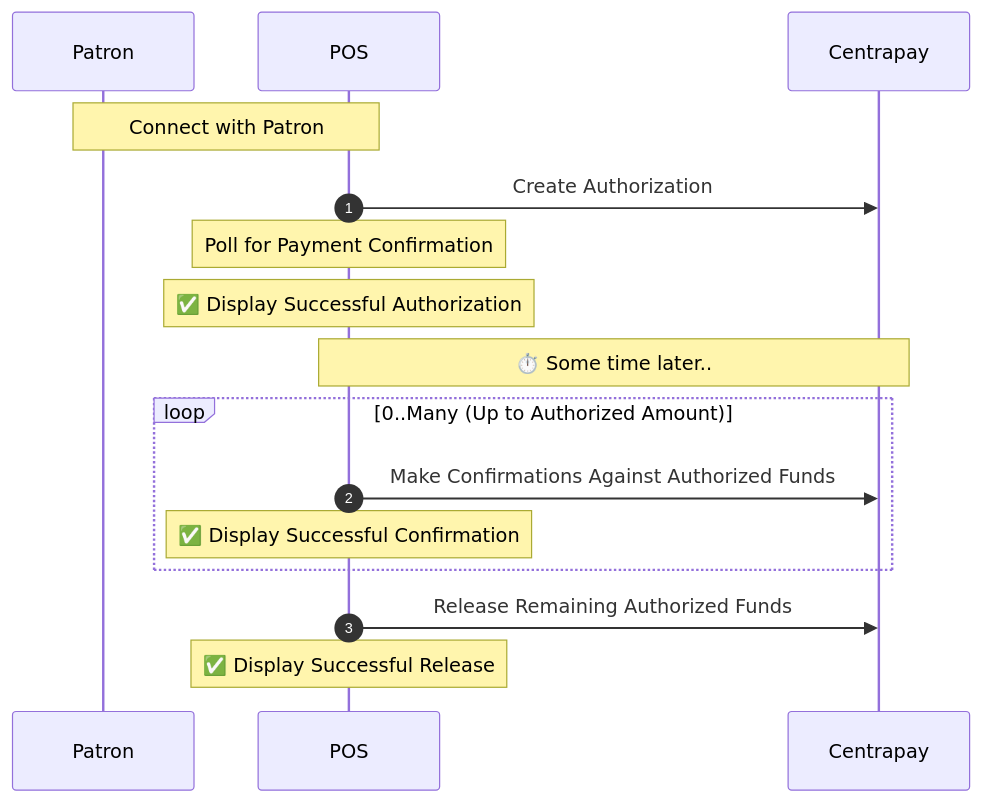
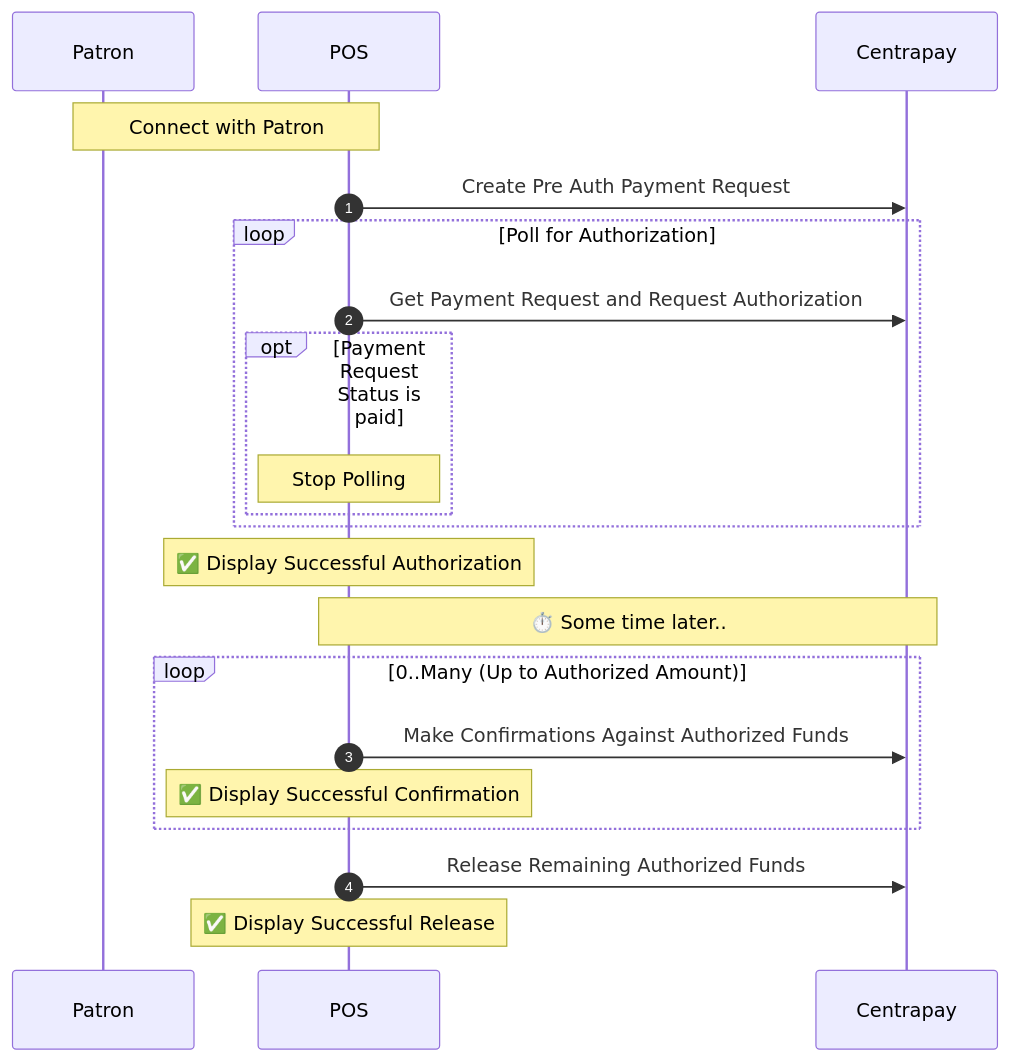
Before and after one commit to centrapay/centrapay-docs: the first of 2 diagrams in src/content/guides/requesting-pre-auth.mdx, drawn with Mermaid. The commit also changed other lines of this file, not shown here.

Commit message:
Update existing pre auth flow documentation to include non quick pay examples

````diff
--- a/src/content/guides/requesting-pre-auth.mdx
+++ b/src/content/guides/requesting-pre-auth.mdx
@@ -24,25 +76,31 @@
 ```mermaid
 sequenceDiagram
 	autonumber
 
 	participant Patron
 	participant POS
 	participant Centrapay
 
 	note over Patron, POS: Connect with Patron
-	POS->>Centrapay: Create Authorization
+	POS->>Centrapay: Create Pre Auth Payment Request
 
-	note over POS: Poll for Payment Confirmation
+	loop Poll for Authorization
+		POS->>Centrapay: Get Payment Request and Request Authorization
+
+		opt Payment Request Status is paid
+			Note over POS: Stop Polling
+		end
+	end
 
 	note over POS: ✅ Display Successful Authorization
 
 	note over POS, Centrapay: ⏱️ Some time later..
 
 	loop 0..Many (Up to Authorized Amount)
 		POS->>Centrapay: Make Confirmations Against Authorized Funds
 		note over POS: ✅ Display Successful Confirmation
 	end
 
 	POS->>Centrapay: Release Remaining Authorized Funds
 	note over POS: ✅ Display Successful Release
 ```
````
